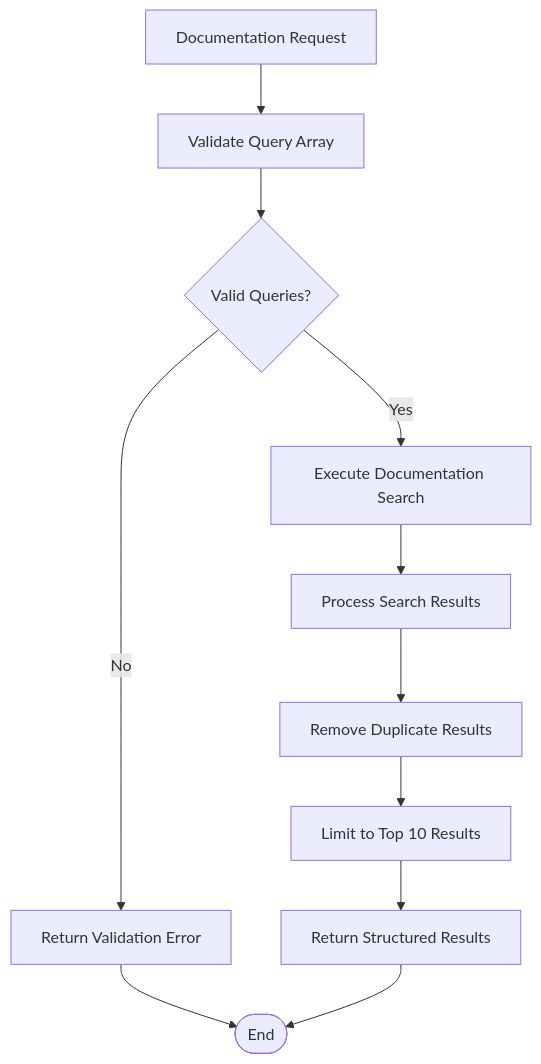
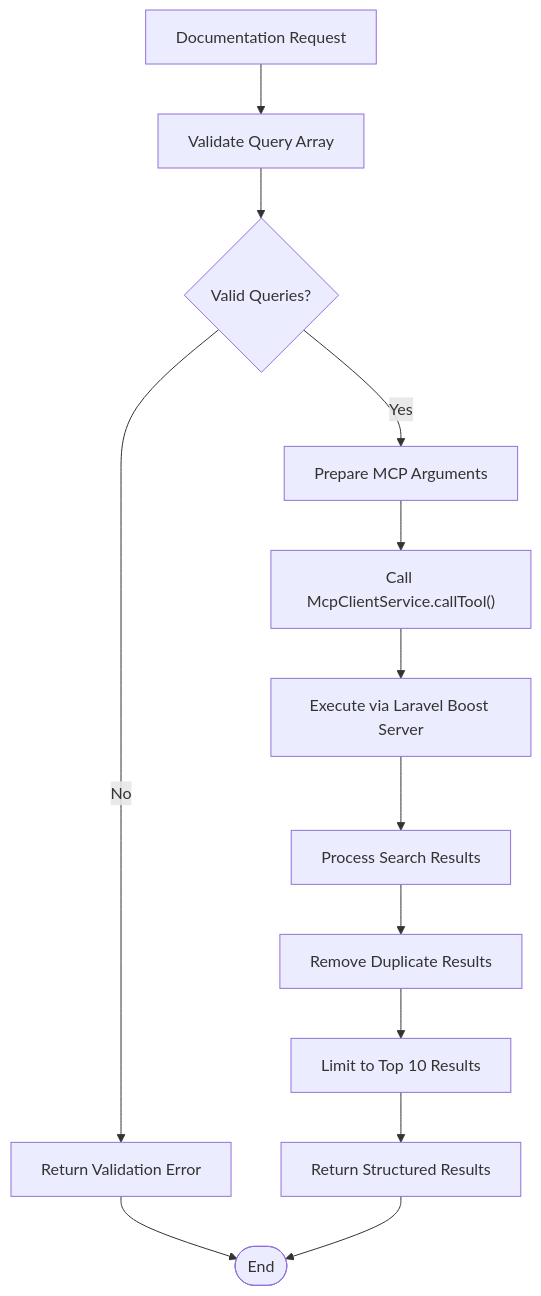
One commit to siimliimand/laravel-assistant changed the seventh of 20 diagrams in .qoder/repowiki/en/content/AI Integration System/Agent System/DevBot AI Agent System.md. Above: the diagram before and after it, drawn with Mermaid. The commit also changed other lines of this file and 7 other files, not shown here.

First line of the commit message:
feat(mcp-client): integrate MCP protocol client service for DevBot AI agent tools

````diff
--- a/.qoder/repowiki/en/content/AI Integration System/Agent System/DevBot AI Agent System.md
+++ b/.qoder/repowiki/en/content/AI Integration System/Agent System/DevBot AI Agent System.md
@@ -323,13 +344,15 @@
 ```mermaid
 flowchart TD
 DocRequest["Documentation Request"] --> ValidateQueries["Validate Query Array"]
 ValidateQueries --> CheckValid{"Valid Queries?"}
 CheckValid --> |No| ReturnError["Return Validation Error"]
-CheckValid --> |Yes| ExecuteSearch["Execute Documentation Search"]
+CheckValid --> |Yes| PrepareArgs["Prepare MCP Arguments"]
+PrepareArgs --> CallMCP["Call McpClientService.callTool()"]
+CallMCP --> ExecuteSearch["Execute via Laravel Boost Server"]
 ExecuteSearch --> ProcessResults["Process Search Results"]
 ProcessResults --> Deduplicate["Remove Duplicate Results"]
 Deduplicate --> LimitResults["Limit to Top 10 Results"]
 LimitResults --> ReturnResults["Return Structured Results"]
 ReturnError --> End([End])
 ReturnResults --> End
 ```
````
